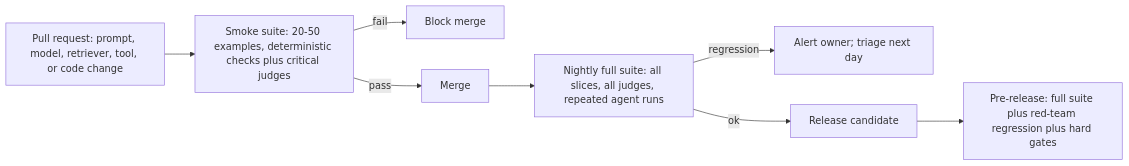
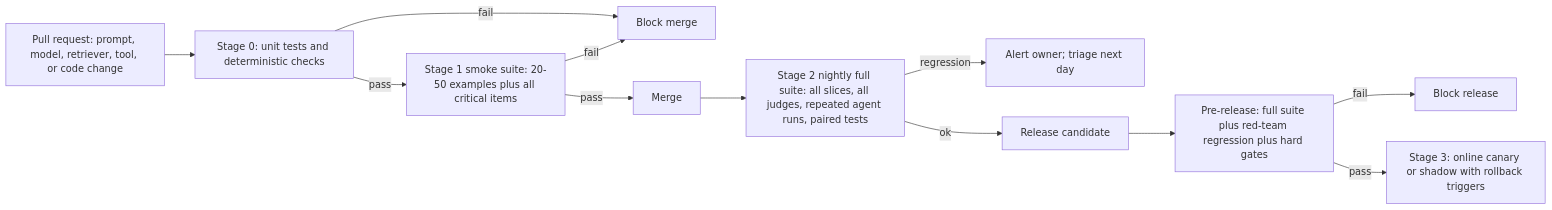
The second of 3 diagrams in research/05-decision-framework/04-implementation-playbook.md (Sarangk90/awesome-agent-evals-and-guardrails), drawn with Mermaid before and after one commit. The commit also changed other lines of this file and 5 other files, not shown here.

````diff
--- a/research/05-decision-framework/04-implementation-playbook.md
+++ b/research/05-decision-framework/04-implementation-playbook.md
@@ -284,10 +303,14 @@
 ```mermaid
 flowchart LR
-    PR["Pull request: prompt, model, retriever, tool, or code change"] --> SM["Smoke suite: 20-50 examples, deterministic checks plus critical judges"]
+    PR["Pull request: prompt, model, retriever, tool, or code change"] --> S0["Stage 0: unit tests and deterministic checks"]
+    S0 -->|"fail"| BLK
+    S0 -->|"pass"| SM["Stage 1 smoke suite: 20-50 examples plus all critical items"]
     SM -->|"fail"| BLK["Block merge"]
     SM -->|"pass"| MG["Merge"]
-    MG --> NT["Nightly full suite: all slices, all judges, repeated agent runs"]
+    MG --> NT["Stage 2 nightly full suite: all slices, all judges, repeated agent runs, paired tests"]
     NT -->|"regression"| ALERT["Alert owner; triage next day"]
     NT -->|"ok"| REL["Release candidate"]
     REL --> RR["Pre-release: full suite plus red-team regression plus hard gates"]
+    RR -->|"fail"| BLK2["Block release"]
+    RR -->|"pass"| S3["Stage 3: online canary or shadow with rollback triggers"]
 ```
````
